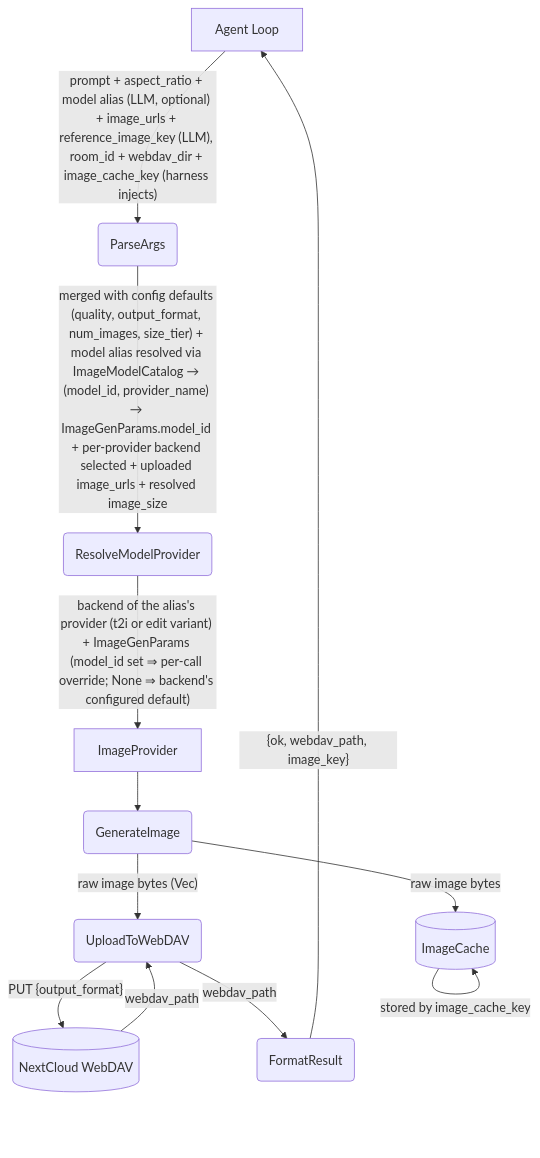
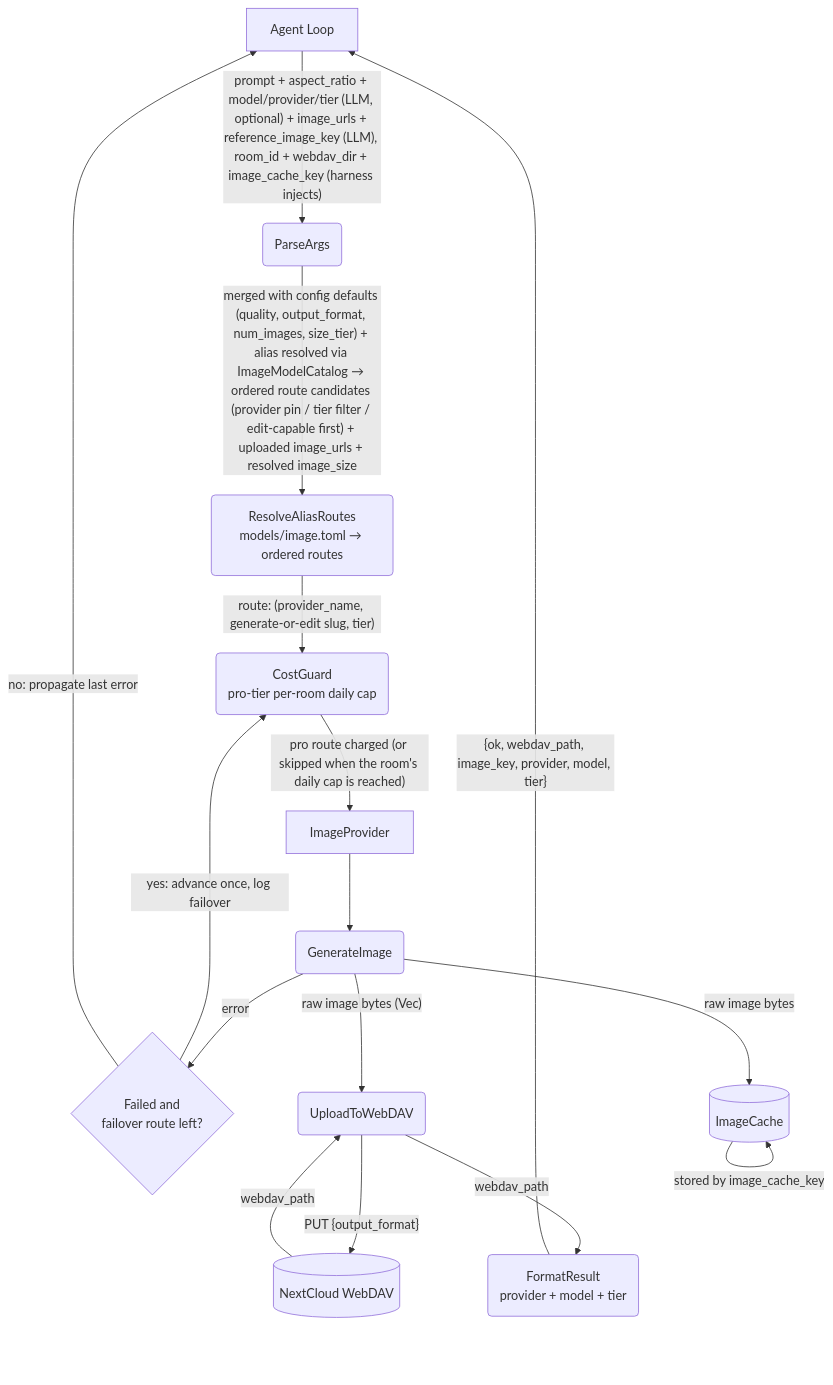
The diagram in _dfd/tools/image-gen/main-path.md (cosmoswafer/rockbot), drawn with Mermaid before and after one commit. The commit also changed other lines of this file and 19 other files, not shown here.

````diff
--- a/_dfd/tools/image-gen/main-path.md
+++ b/_dfd/tools/image-gen/main-path.md
@@ -41,24 +44,30 @@
 ```mermaid
 flowchart TD
     AGENT[Agent Loop]
     PARSE(ParseArgs)
-    RESOLVE(ResolveModelProvider)
+    RESOLVE(ResolveAliasRoutes<br/>models/image.toml → ordered routes)
+    GATE(CostGuard<br/>pro-tier per-room daily cap)
     PROVIDER[ImageProvider]
     GEN(GenerateImage)
+    FAIL{Failed and<br/>failover route left?}
     DAV_UPLOAD(UploadToWebDAV)
     DAV[(NextCloud WebDAV)]
     CACHE[(ImageCache)]
-    FORMAT(FormatResult)
+    FORMAT(FormatResult<br/>provider + model + tier)
 
-    AGENT -->|"prompt + aspect_ratio + model alias (LLM, optional) + image_urls + reference_image_key (LLM), room_id + webdav_dir + image_cache_key (harness injects)"| PARSE
-    PARSE -->|"merged with config defaults (quality, output_format, num_images, size_tier) + model alias resolved via ImageModelCatalog → (model_id, provider_name) → ImageGenParams.model_id + per-provider backend selected + uploaded image_urls + resolved image_size"| RESOLVE
-    RESOLVE -->|"backend of the alias's provider (t2i or edit variant) + ImageGenParams (model_id set ⇒ per-call override; None ⇒ backend's configured default)"| PROVIDER
+    AGENT -->|"prompt + aspect_ratio + model/provider/tier (LLM, optional) + image_urls + reference_image_key (LLM), room_id + webdav_dir + image_cache_key (harness injects)"| PARSE
+    PARSE -->|"merged with config defaults (quality, output_format, num_images, size_tier) + alias resolved via ImageModelCatalog → ordered route candidates (provider pin / tier filter / edit-capable first) + uploaded image_urls + resolved image_size"| RESOLVE
+    RESOLVE -->|"route: (provider_name, generate-or-edit slug, tier)"| GATE
+    GATE -->|"pro route charged (or skipped when the room's daily cap is reached)"| PROVIDER
     PROVIDER --> GEN
     GEN -->|"raw image bytes (Vec<u8>)"| DAV_UPLOAD
+    GEN -->|"error"| FAIL
+    FAIL -->|"yes: advance once, log failover"| GATE
+    FAIL -->|"no: propagate last error"| AGENT
     DAV_UPLOAD -->|"PUT {output_format}"| DAV
     DAV -->|"webdav_path"| DAV_UPLOAD
     GEN -->|"raw image bytes"| CACHE
     CACHE -->|"stored by image_cache_key"| CACHE
     DAV_UPLOAD -->|"webdav_path"| FORMAT
-    FORMAT -->|"{ok, webdav_path, image_key}"| AGENT
+    FORMAT -->|"{ok, webdav_path, image_key, provider, model, tier}"| AGENT
 ```
````
